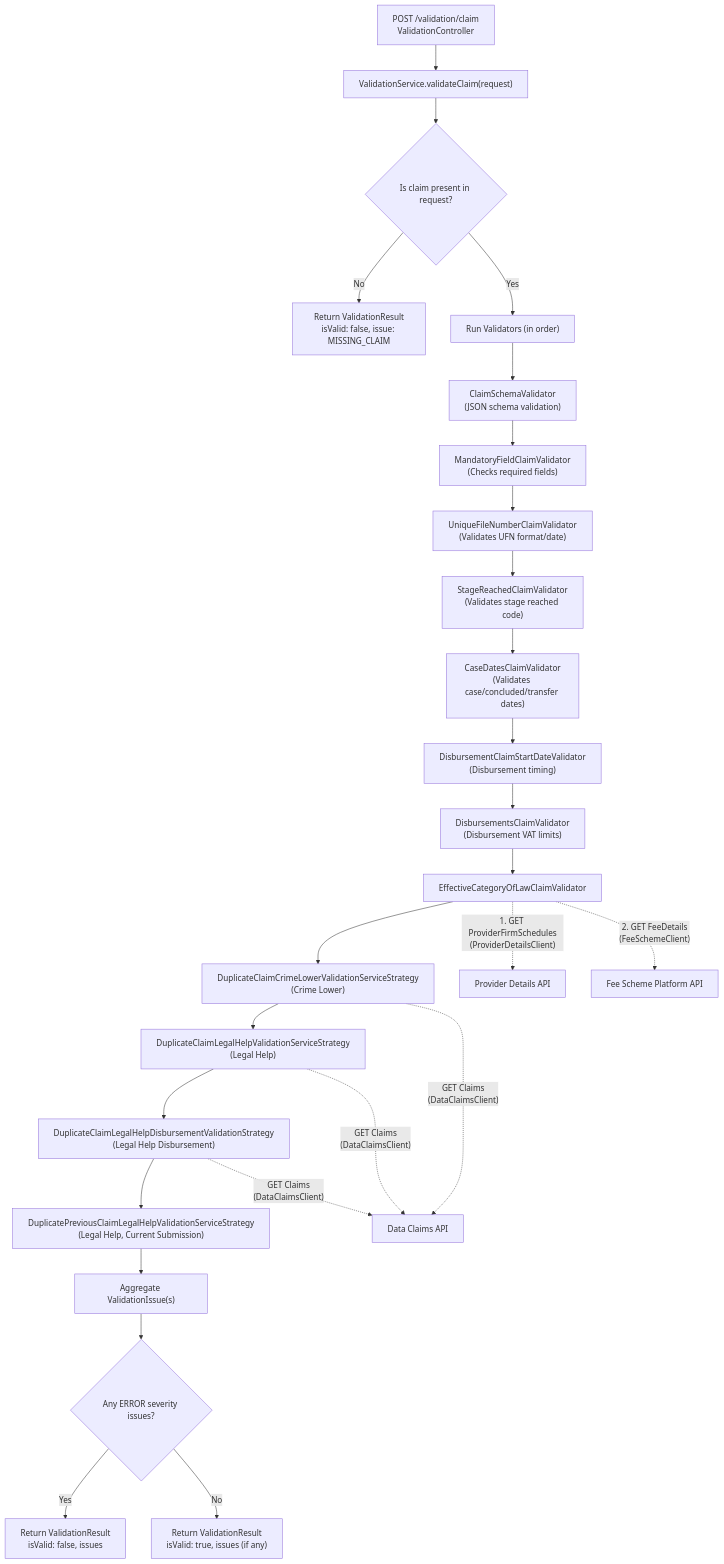
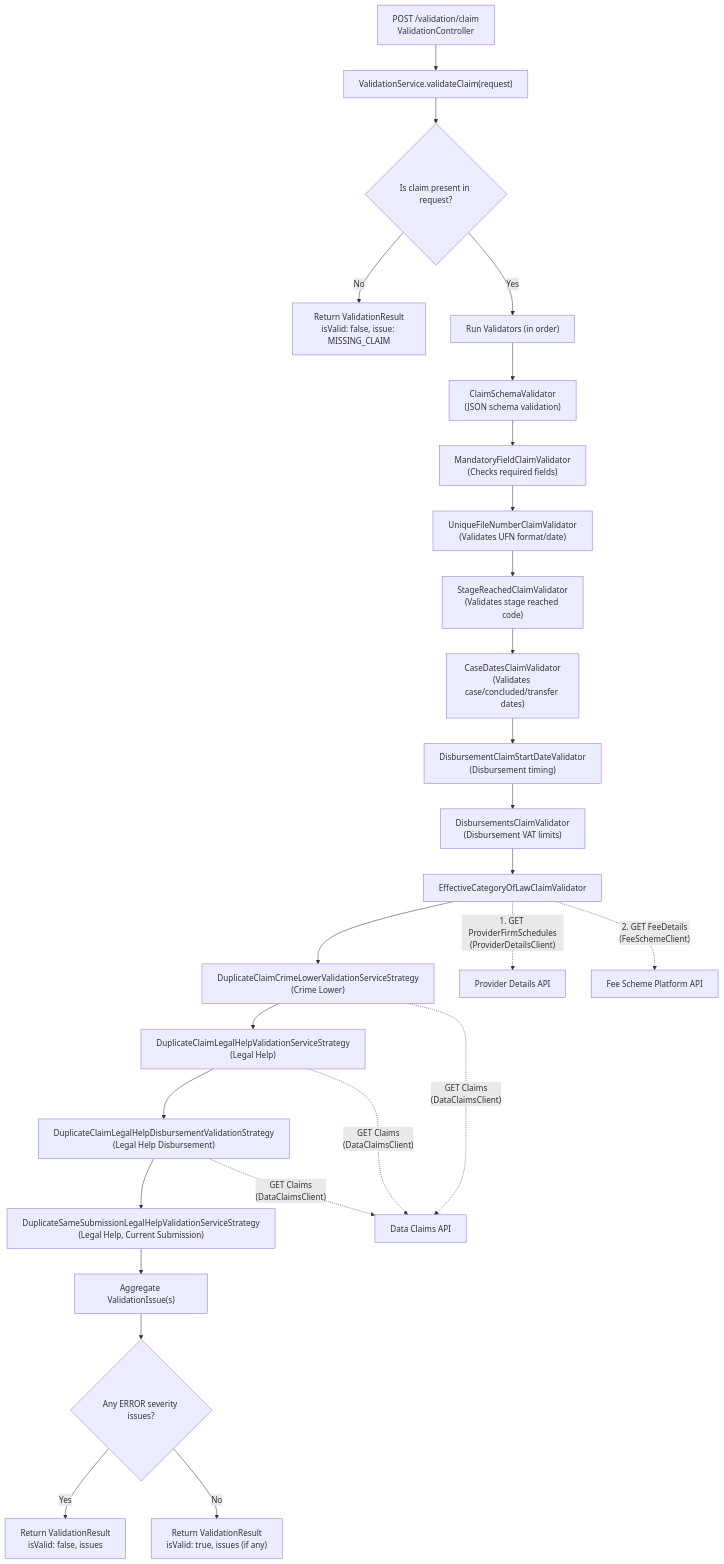
Before and after one commit to ministryofjustice/laa-data-controlled-work-validator: the diagram in docs/system-flow.md, drawn with Mermaid. The commit also changed other lines of this file and 14 other files, not shown here.

````diff
--- a/docs/system-flow.md
+++ b/docs/system-flow.md
@@ -9,33 +9,33 @@
 ```mermaid
 flowchart TD
     start["POST /validation/claim<br/>ValidationController"] --> svc["ValidationService.validateClaim(request)"]
     svc --> checkClaim{"Is claim present in request?"}
     checkClaim -- No --> missing["Return ValidationResult<br/>isValid: false, issue: MISSING_CLAIM"]
     checkClaim -- Yes --> vlist["Run Validators (in order)"]
 
     vlist --> schema["ClaimSchemaValidator<br/>(JSON schema validation)"]
     schema --> mandatory["MandatoryFieldClaimValidator<br/>(Checks required fields)"]
     mandatory --> unique["UniqueFileNumberClaimValidator<br/>(Validates UFN format/date)"]
     unique --> stage["StageReachedClaimValidator<br/>(Validates stage reached code)"]
     stage --> caseDates["CaseDatesClaimValidator<br/>(Validates case/concluded/transfer dates)"]
     caseDates --> disbStart["DisbursementClaimStartDateValidator<br/>(Disbursement timing)"]
     disbStart --> disb["DisbursementsClaimValidator<br/>(Disbursement VAT limits)"]
     disb --> effCat["EffectiveCategoryOfLawClaimValidator"]
     effCat --> dupCrimeLower["DuplicateClaimCrimeLowerValidationServiceStrategy<br/>(Crime Lower)"]
     dupCrimeLower --> dupLegalHelp["DuplicateClaimLegalHelpValidationServiceStrategy<br/>(Legal Help)"]
     dupLegalHelp --> dupLegalHelpDisb["DuplicateClaimLegalHelpDisbursementValidationStrategy<br/>(Legal Help Disbursement)"]
-    dupLegalHelpDisb --> dupLegalHelpCurrent["DuplicatePreviousClaimLegalHelpValidationServiceStrategy<br/>(Legal Help, Current Submission)"]
+    dupLegalHelpDisb --> dupLegalHelpCurrent["DuplicateSameSubmissionLegalHelpValidationServiceStrategy<br/>(Legal Help, Current Submission)"]
     dupLegalHelpCurrent --> issues["Aggregate ValidationIssue(s)"]
     issues --> validCheck{"Any ERROR severity issues?"}
     validCheck -- Yes --> fail["Return ValidationResult<br/>isValid: false, issues"]
     validCheck -- No --> success["Return ValidationResult<br/>isValid: true, issues (if any)"]
 
     %% External calls from EffectiveCategoryOfLawClaimValidator
     effCat -.->|"1. GET ProviderFirmSchedules<br/>(ProviderDetailsClient)"| providerAPI["Provider Details API"]
     effCat -.->|"2. GET FeeDetails<br/>(FeeSchemeClient)"| feeAPI["Fee Scheme Platform API"]
 
     %% External calls from duplicate checks
     dupCrimeLower -.->|"GET Claims<br/>(DataClaimsClient)"| claimsAPI["Data Claims API"]
     dupLegalHelp -.->|"GET Claims<br/>(DataClaimsClient)"| claimsAPI
     dupLegalHelpDisb -.->|"GET Claims<br/>(DataClaimsClient)"| claimsAPI
 ```
````
